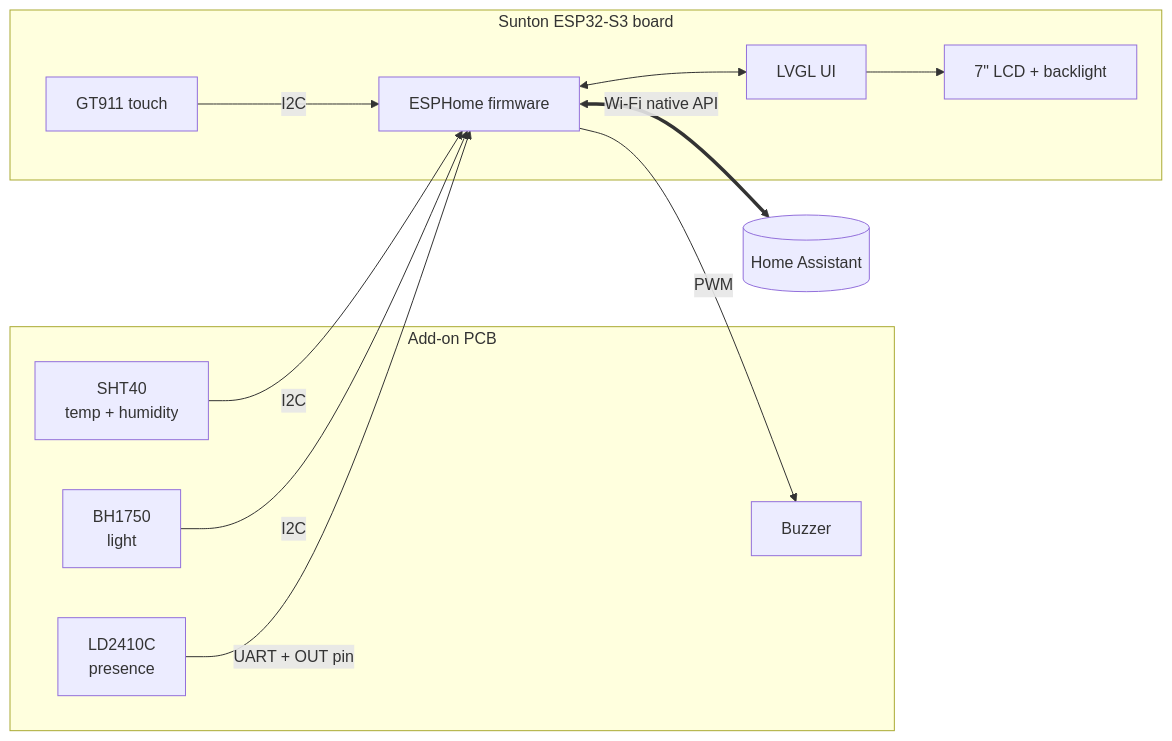
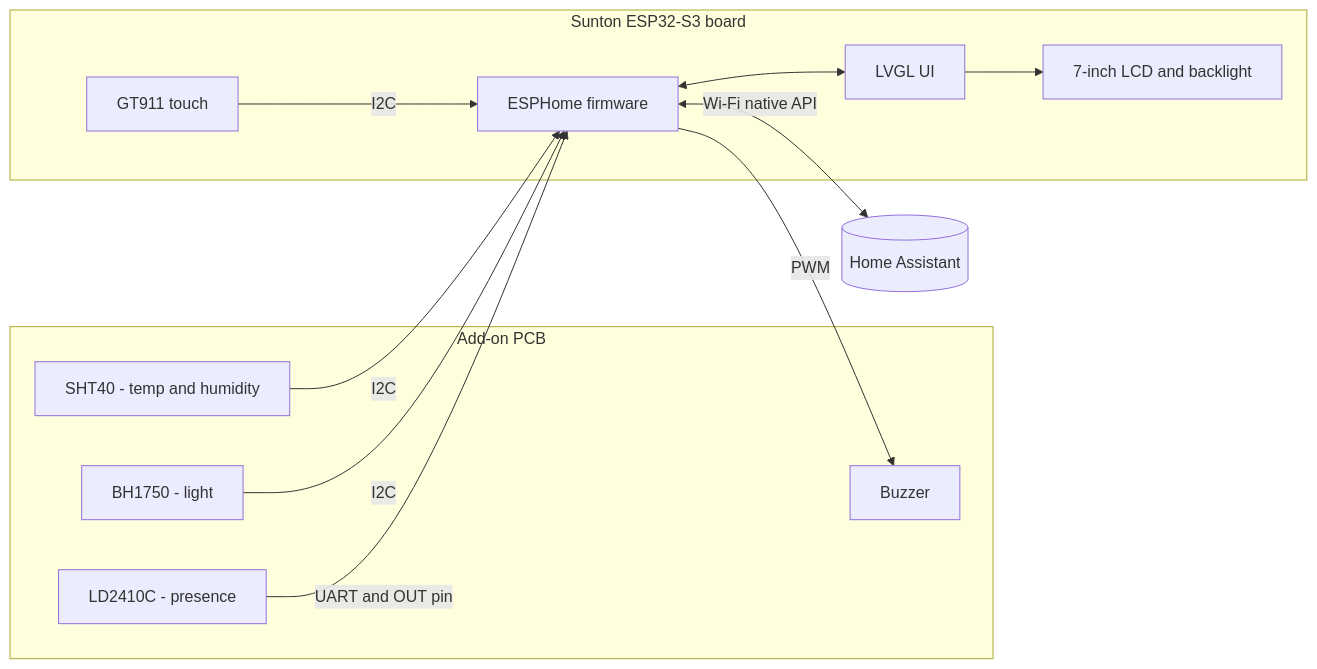
One commit to Yourm5m5/Homedeck changed the first of 4 diagrams in firmware/FIRMWARE.md. Above: the diagram before and after it, drawn with Mermaid. The commit also changed other lines of this file, not shown here.

````diff
--- a/firmware/FIRMWARE.md
+++ b/firmware/FIRMWARE.md
@@ -30,25 +32,25 @@
 ```mermaid
 flowchart LR
     subgraph AddOn["Add-on PCB"]
-        SHT[SHT40<br/>temp + humidity]
-        BH[BH1750<br/>light]
-        LD[LD2410C<br/>presence]
-        BZ[Buzzer]
+        SHT["SHT40 - temp and humidity"]
+        BH["BH1750 - light"]
+        LD["LD2410C - presence"]
+        BZ["Buzzer"]
     end
     subgraph Sunton["Sunton ESP32-S3 board"]
-        ESP[ESPHome firmware]
-        LV[LVGL UI]
-        LCD[7&quot; LCD + backlight]
-        TP[GT911 touch]
+        ESP["ESPHome firmware"]
+        LV["LVGL UI"]
+        LCD["7-inch LCD and backlight"]
+        TP["GT911 touch"]
     end
-    HA[(Home Assistant)]
+    HA[("Home Assistant")]
 
-    SHT -- I2C --> ESP
-    BH -- I2C --> ESP
-    LD -- UART + OUT pin --> ESP
-    ESP -- PWM --> BZ
-    TP -- I2C --> ESP
+    SHT -->|I2C| ESP
+    BH -->|I2C| ESP
+    LD -->|UART and OUT pin| ESP
+    ESP -->|PWM| BZ
+    TP -->|I2C| ESP
     ESP <--> LV
     LV --> LCD
-    ESP <== Wi-Fi native API ==> HA
+    ESP <-->|Wi-Fi native API| HA
 ```
````
